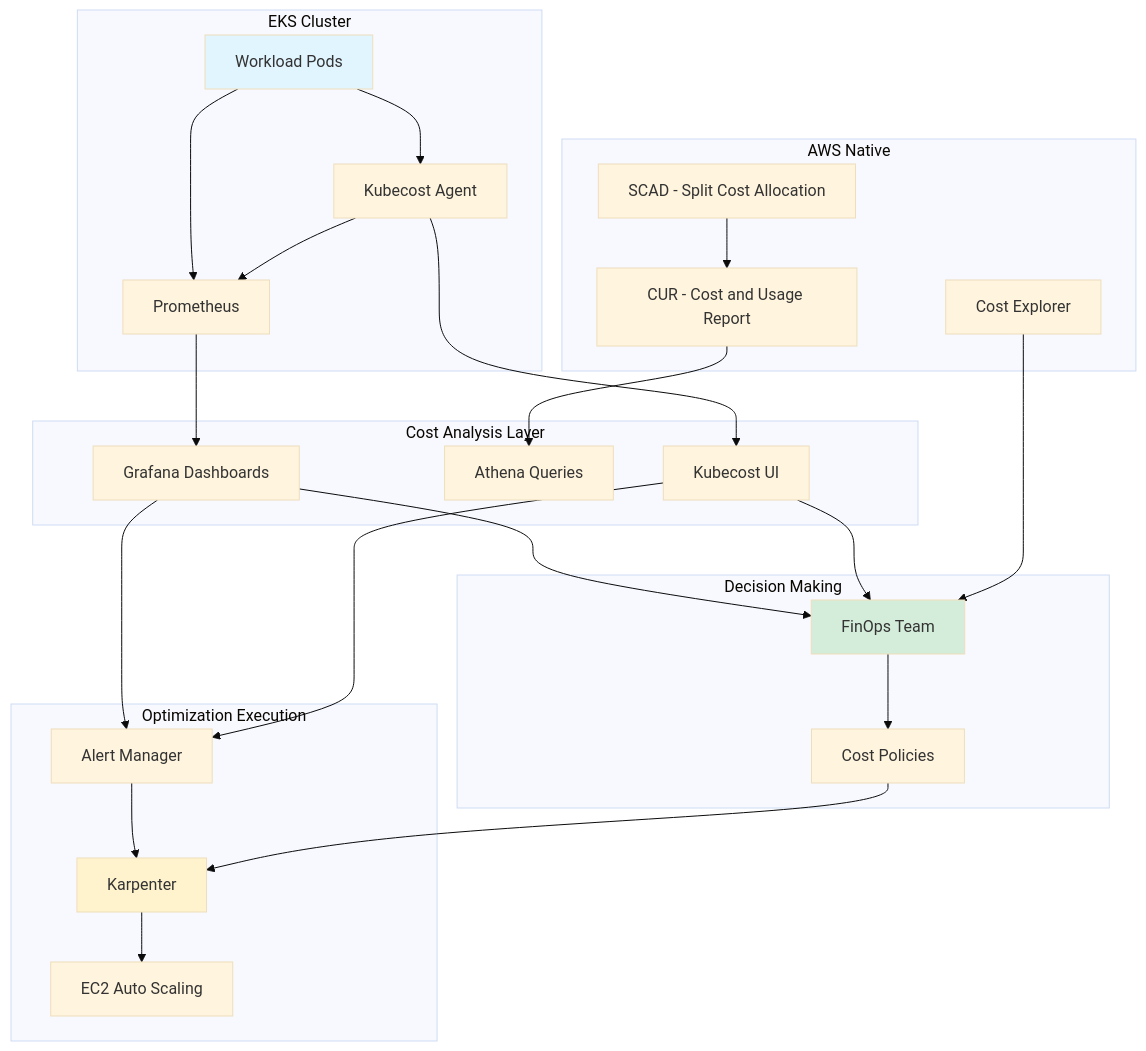
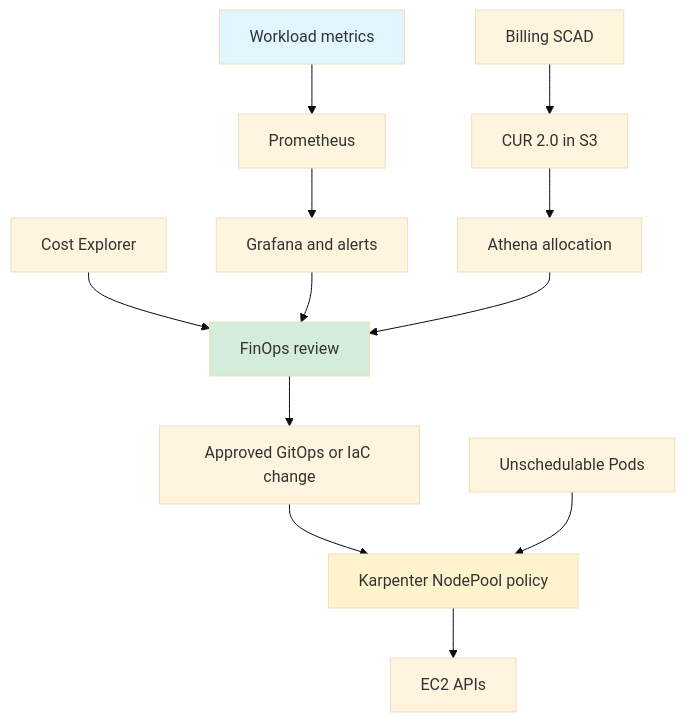
Before and after one commit to devfloor9/engineering-playbook: the first of 2 diagrams in i18n/en/docusaurus-plugin-content-docs/current/eks-best-practices/resource-cost/cost-management.md, drawn with Mermaid (base theme). The commit also changed other lines of this file and 7 other files, not shown here.

First line of the commit message:
Correct resource allocation, autoscaling, and cost examples (#69)

````diff
--- a/i18n/en/docusaurus-plugin-content-docs/current/eks-best-practices/resource-cost/cost-management.md
+++ b/i18n/en/docusaurus-plugin-content-docs/current/eks-best-practices/resource-cost/cost-management.md
@@ -100,40 +95,17 @@
 ```mermaid
 graph TB
-    subgraph "EKS Cluster"
-        A[Workload Pods] --> B[Kubecost Agent]
-        A --> C[Prometheus]
-        B --> C
-    end
-
-    subgraph "AWS Native"
-        D[Cost Explorer]
-        E[SCAD - Split Cost Allocation]
-        F[CUR - Cost and Usage Report]
-        E --> F
-    end
-
-    subgraph "Cost Analysis Layer"
-        C --> G[Grafana Dashboards]
-        F --> H[Athena Queries]
-        B --> I[Kubecost UI]
-    end
-
-    subgraph "Optimization Execution"
-        G --> J[Alert Manager]
-        I --> J
-        J --> K[Karpenter]
-        K --> L[EC2 Auto Scaling]
-    end
-
-    subgraph "Decision Making"
-        G --> M[FinOps Team]
-        I --> M
-        D --> M
-        M --> N[Cost Policies]
-        N --> K
-    end
-
+    A[Workload metrics] --> B[Prometheus]
+    B --> C[Grafana and alerts]
+    D[Billing SCAD] --> E[CUR 2.0 in S3]
+    E --> F[Athena allocation]
+    G[Cost Explorer] --> H[FinOps review]
+    C --> H
+    F --> H
+    H --> I[Approved GitOps or IaC change]
+    I --> J[Karpenter NodePool policy]
+    K[Unschedulable Pods] --> J
+    J --> L[EC2 APIs]
     style A fill:#e1f5ff
-    style K fill:#fff3cd
-    style M fill:#d4edda
+    style J fill:#fff3cd
+    style H fill:#d4edda
 ```
````
